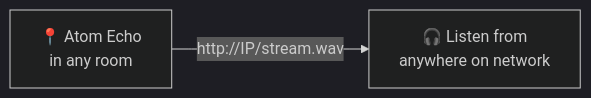
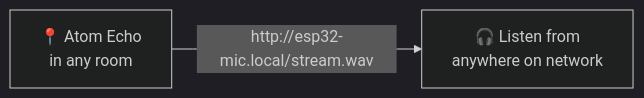
One commit to pashutk/esp32-mic-stream changed the diagram in README.md. Above: the diagram before and after it, drawn with Mermaid (dark theme). The commit also changed other lines of this file and 1 other file, not shown here.

````diff
--- a/README.md
+++ b/README.md
@@ -9,4 +9,4 @@
 ```mermaid
 flowchart LR
-    A[📍 Atom Echo<br/>in any room] -- http://IP/stream.wav --> B[🎧 Listen from<br/>anywhere on network]
+    A[📍 Atom Echo<br/>in any room] -- http://esp32-mic.local/stream.wav --> B[🎧 Listen from<br/>anywhere on network]
 ```
````
